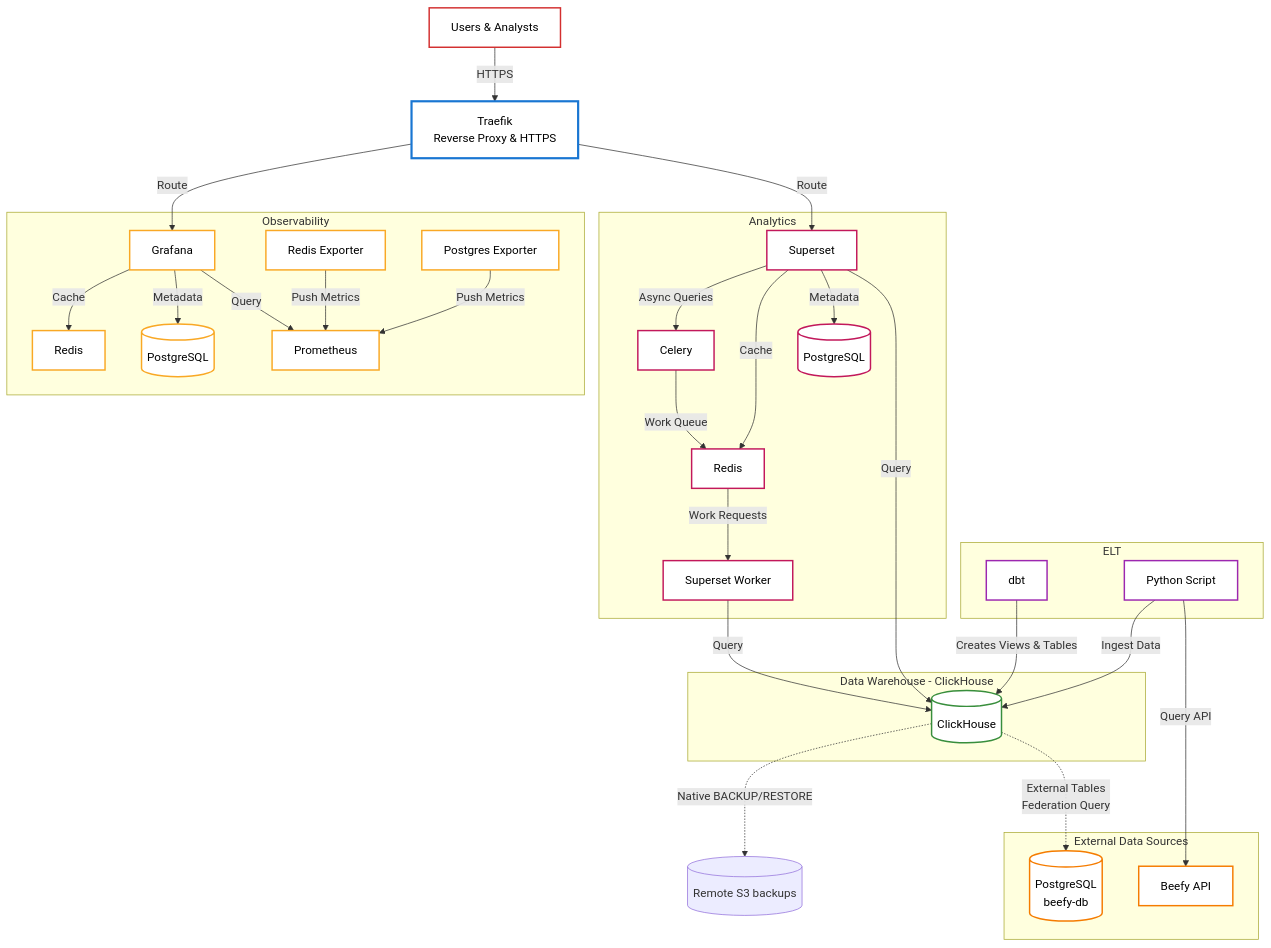
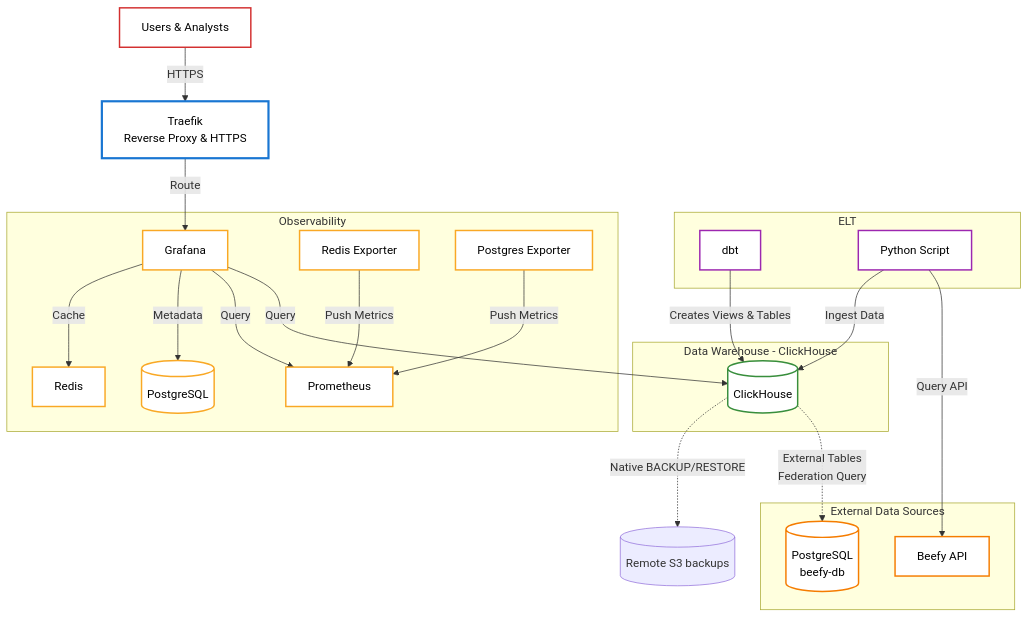
The first of 2 diagrams in README.md (beefyfinance/beefy-databarn), drawn with Mermaid before and after one commit. The commit also changed other lines of this file and 24 other files, not shown here.

````diff
--- a/README.md
+++ b/README.md
@@ -42,15 +42,6 @@
     %% Data Warehouse
     subgraph DW["Data Warehouse - ClickHouse"]
         CH[(ClickHouse)]
-    end
-    
-    %% Analytics
-    subgraph ANALYTICS["Analytics"]
-        SUP[Superset]
-        CELERY[Celery]
-        SUP_W[Superset Worker]
-        PG[(PostgreSQL)]
-        REDIS_A[Redis]
     end
     
     %% Observability
@@ -75,16 +66,8 @@
     %% dbt Flow
     DBT -->|Creates Views & Tables| CH
     
-    %% Analytics Flow
-    SUP -->|Query| CH
-    SUP -->|Metadata| PG
-    SUP -->|Cache| REDIS_A
-    SUP -->|Async Queries| CELERY
-    CELERY -->|Work Queue| REDIS_A
-    REDIS_A -->|Work Requests| SUP_W
-    SUP_W -->|Query| CH
-    
     %% Observability Flow
+    GRAF -->|Query| CH
     GRAF -->|Query| PROM
     PG_C -->|Push Metrics| PROM
     REDIS_C -->|Push Metrics| PROM
@@ -93,7 +76,6 @@
     
     %% Gateway Flow
     USR -->|HTTPS| TR
-    TR -->|Route| SUP
     TR -->|Route| GRAF
     
     %% Styling
@@ -101,7 +83,6 @@
     classDef external fill:#ffffff,stroke:#f57c00,stroke-width:2px,color:#000
     classDef elt fill:#ffffff,stroke:#9c27b0,stroke-width:2px,color:#000
     classDef warehouse fill:#ffffff,stroke:#388e3c,stroke-width:2px,color:#000
-    classDef analytics fill:#ffffff,stroke:#c2185b,stroke-width:2px,color:#000
     classDef observability fill:#ffffff,stroke:#f9a825,stroke-width:2px,color:#000
     classDef user fill:#ffffff,stroke:#d32f2f,stroke-width:2px,color:#000
     
@@ -109,7 +90,6 @@
     class BEEFY_DB,BEEFY_API external
     class PYTHON,DBT elt
     class CH warehouse
-    class SUP,SUP_W,CELERY,PG,REDIS_A analytics
     class PROM,GRAF,PG_OBS,REDIS_OBS,REDIS_C,PG_C observability
     class USR user
 ```
````
